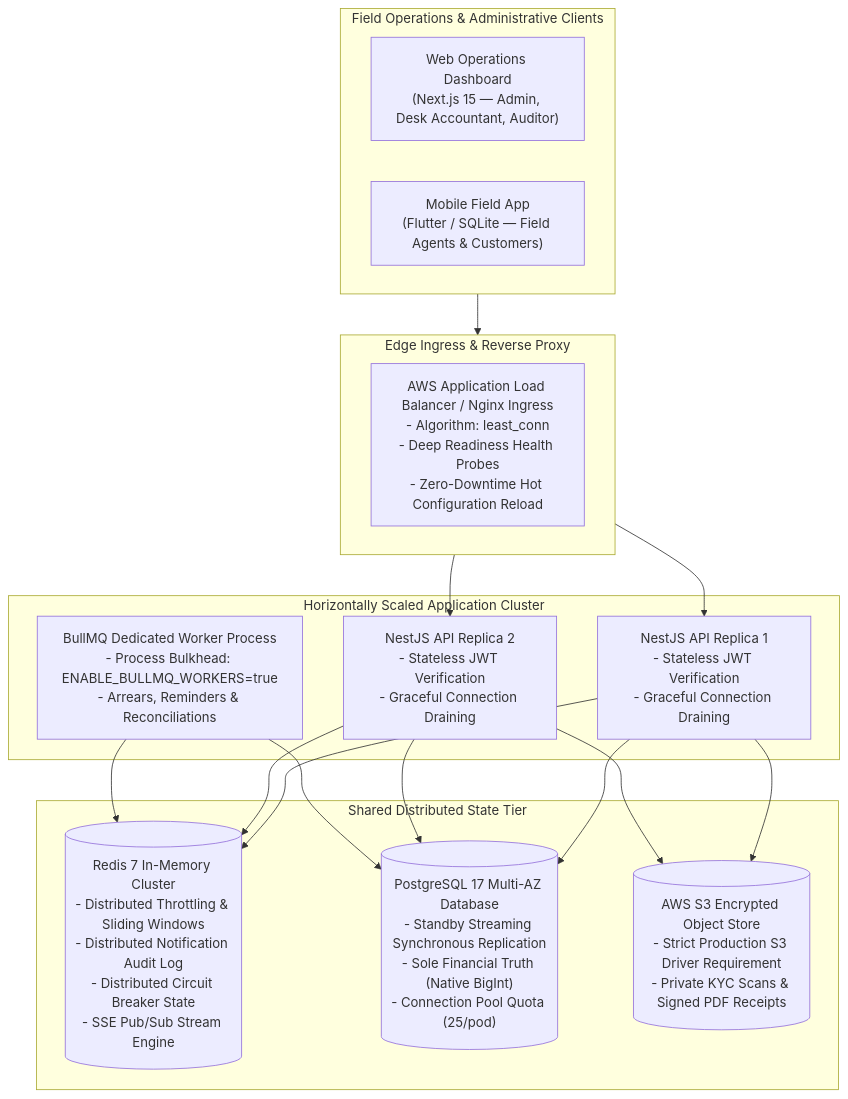
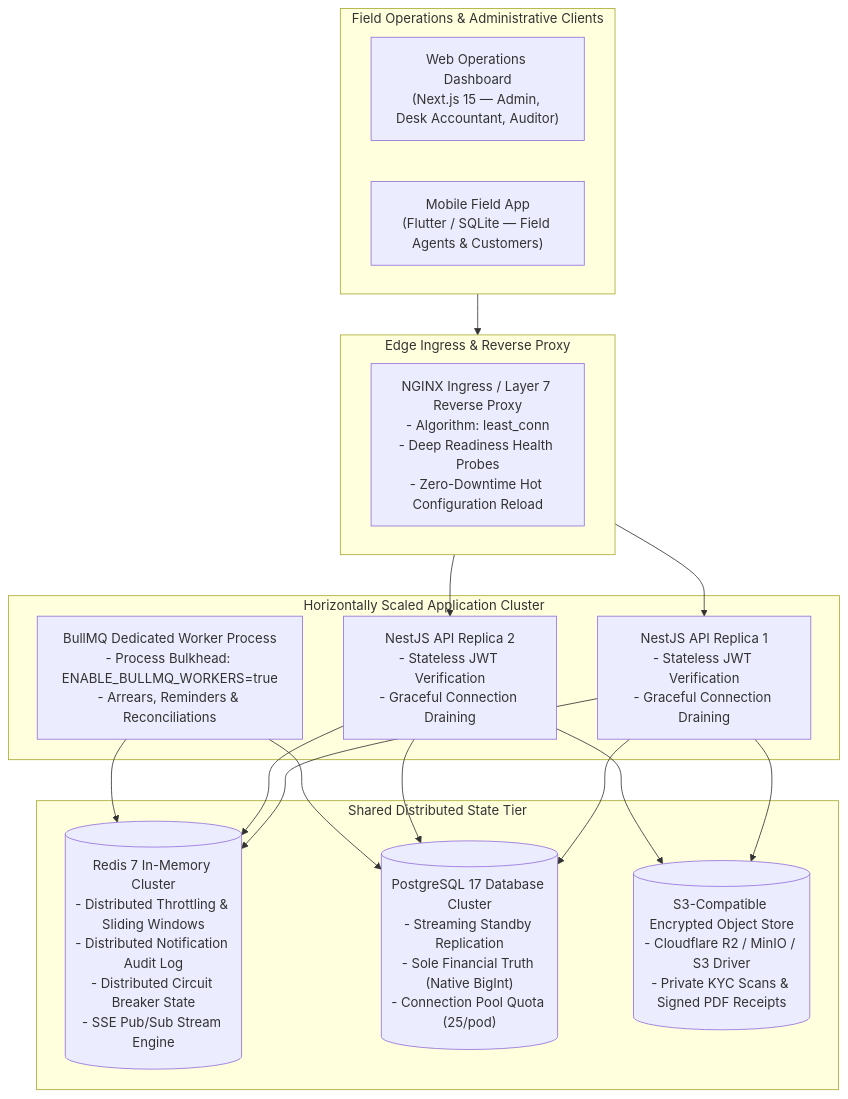
Before and after one commit to Kathir-24/Kumaran-finance: the diagram in docs/03-architecture/horizontal-scaling-and-high-availability.md, drawn with Mermaid. The commit also changed other lines of this file and 34 other files, not shown here.

First line of the commit message:
docs(infra): establish flat-fee linux vps and cloudflare r2 as primary deployment architecture

````diff
--- a/docs/03-architecture/horizontal-scaling-and-high-availability.md
+++ b/docs/03-architecture/horizontal-scaling-and-high-availability.md
@@ -15,35 +15,35 @@
 ```mermaid
 flowchart TD
     subgraph Clients["Field Operations & Administrative Clients"]
         WebPortal["Web Operations Dashboard\n(Next.js 15 — Admin, Desk Accountant, Auditor)"]
         MobileApp["Mobile Field App\n(Flutter / SQLite — Field Agents & Customers)"]
     end
 
     subgraph IngressTier["Edge Ingress & Reverse Proxy"]
-        ALB["AWS Application Load Balancer / Nginx Ingress\n- Algorithm: least_conn\n- Deep Readiness Health Probes\n- Zero-Downtime Hot Configuration Reload"]
+        ALB["NGINX Ingress / Layer 7 Reverse Proxy\n- Algorithm: least_conn\n- Deep Readiness Health Probes\n- Zero-Downtime Hot Configuration Reload"]
     end
 
     subgraph ComputeTier["Horizontally Scaled Application Cluster"]
         API1["NestJS API Replica 1\n- Stateless JWT Verification\n- Graceful Connection Draining"]
         API2["NestJS API Replica 2\n- Stateless JWT Verification\n- Graceful Connection Draining"]
         Worker["BullMQ Dedicated Worker Process\n- Process Bulkhead: ENABLE_BULLMQ_WORKERS=true\n- Arrears, Reminders & Reconciliations"]
     end
 
     subgraph DistributedTier["Shared Distributed State Tier"]
         RedisCluster[("Redis 7 In-Memory Cluster\n- Distributed Throttling & Sliding Windows\n- Distributed Notification Audit Log\n- Distributed Circuit Breaker State\n- SSE Pub/Sub Stream Engine")]
-        RDSCluster[("PostgreSQL 17 Multi-AZ Database\n- Standby Streaming Synchronous Replication\n- Sole Financial Truth (Native BigInt)\n- Connection Pool Quota (25/pod)")]
-        S3Storage[("AWS S3 Encrypted Object Store\n- Strict Production S3 Driver Requirement\n- Private KYC Scans & Signed PDF Receipts")]
+        RDSCluster[("PostgreSQL 17 Database Cluster\n- Streaming Standby Replication\n- Sole Financial Truth (Native BigInt)\n- Connection Pool Quota (25/pod)")]
+        S3Storage[("S3-Compatible Encrypted Object Store\n- Cloudflare R2 / MinIO / S3 Driver\n- Private KYC Scans & Signed PDF Receipts")]
     end
 
     Clients --> IngressTier
     IngressTier --> API1
     IngressTier --> API2
     API1 --> RedisCluster
     API2 --> RedisCluster
     API1 --> RDSCluster
     API2 --> RDSCluster
     API1 --> S3Storage
     API2 --> S3Storage
     Worker --> RedisCluster
     Worker --> RDSCluster
 ```
````
